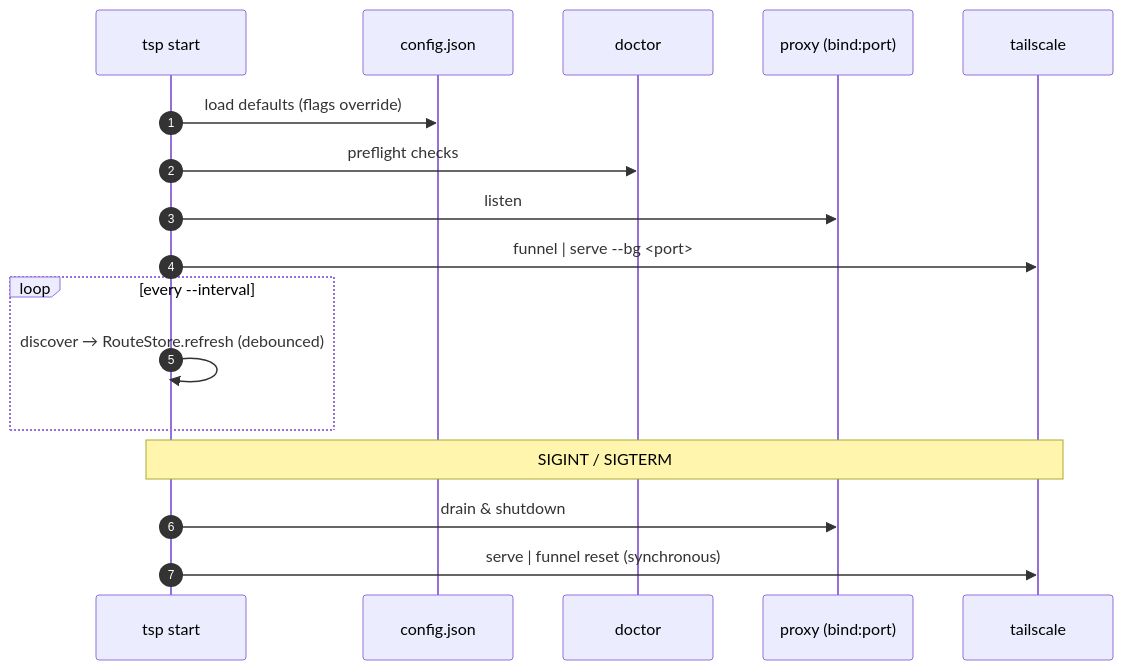
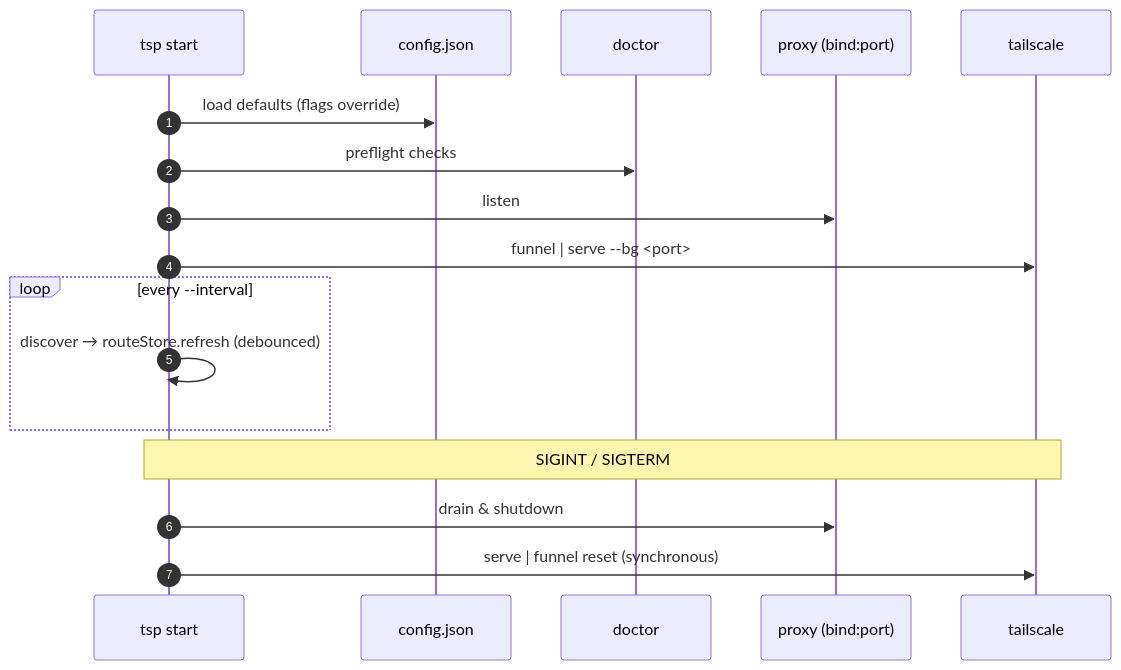
The fourth of 4 diagrams in docs/HOW-IT-WORKS.md (meabed/tailscale-proxy), drawn with Mermaid before and after one commit. The commit also changed other lines of this file and 2 other files, not shown here.

````diff
--- a/docs/HOW-IT-WORKS.md
+++ b/docs/HOW-IT-WORKS.md
@@ -150,19 +150,19 @@
 ```mermaid
 sequenceDiagram
     autonumber
     participant U as tsp start
     participant Cfg as config.json
     participant Dr as doctor
     participant Px as proxy (bind:port)
     participant Ts as tailscale
     U->>Cfg: load defaults (flags override)
     U->>Dr: preflight checks
     U->>Px: listen
     U->>Ts: funnel | serve --bg <port>
     loop every --interval
-        U->>U: discover → RouteStore.refresh (debounced)
+        U->>U: discover → routeStore.refresh (debounced)
     end
     Note over U,Ts: SIGINT / SIGTERM
     U->>Px: drain & shutdown
     U->>Ts: serve | funnel reset (synchronous)
 ```
````
